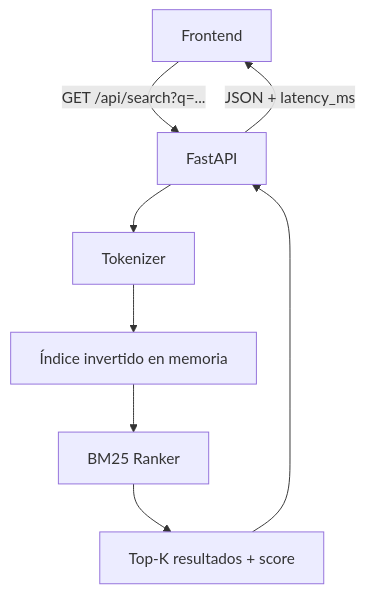
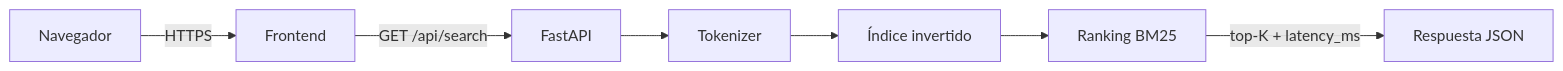
Before and after one commit to nbmsystemas/atlas-search-engine: the diagram in docs/architecture.es.md, drawn with Mermaid. The commit also changed 8 other files, not shown here.

````diff
--- a/docs/architecture.es.md
+++ b/docs/architecture.es.md
@@ -9,10 +9,9 @@
 ```mermaid
-flowchart TD
-    A[Frontend] -->|GET /api/search?q=...| B[FastAPI]
-    B --> C[Tokenizer]
-    C --> D[Índice invertido en memoria]
-    D --> E[BM25 Ranker]
-    E --> F[Top-K resultados + score]
-    F --> B
-    B -->|JSON + latency_ms| A
+flowchart LR
+    navegador[Navegador] -->|HTTPS| frontend[Frontend]
+    frontend -->|GET /api/search| api[FastAPI]
+    api --> tokenizer[Tokenizer]
+    tokenizer --> indice[Índice invertido]
+    indice --> ranker[Ranking BM25]
+    ranker -->|top-K + latency_ms| respuesta[Respuesta JSON]
 ```
````
